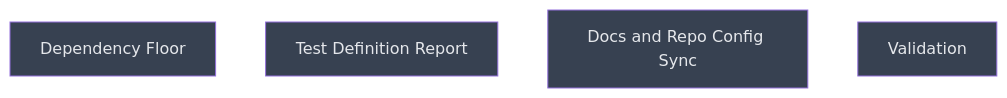
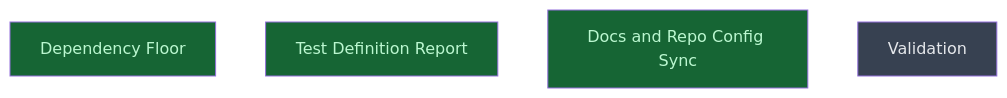
The diagram in __roadmap__/rikyu_mcp_sdk_v2/README.md (RIKEN-RCCS/Rikyu-Agent), drawn with Mermaid before and after one commit. The commit also changed other lines of this file, not shown here.

Commit message:
docs(roadmap): mark level-0 leaves done
dependency_floor, test_definition and docs_sync are integrated and verified.

````diff
--- a/__roadmap__/rikyu_mcp_sdk_v2/README.md
+++ b/__roadmap__/rikyu_mcp_sdk_v2/README.md
@@ -44,12 +44,12 @@
 ```mermaid
 graph TD
-    dependency_floor[Dependency Floor]:::planned
-    test_definition[Test Definition Report]:::planned
-    docs_sync[Docs and Repo Config Sync]:::planned
+    dependency_floor[Dependency Floor]:::done
+    test_definition[Test Definition Report]:::done
+    docs_sync[Docs and Repo Config Sync]:::done
     validation[Validation]:::planned
     classDef done       fill:#166534,color:#bbf7d0
     classDef inprogress fill:#854d0e,color:#fef08a
     classDef planned    fill:#374151,color:#e5e7eb
     classDef amendment  fill:#1e3a5f,color:#bfdbfe
     classDef blocked    fill:#7f1d1d,color:#fecaca
 ```
````
